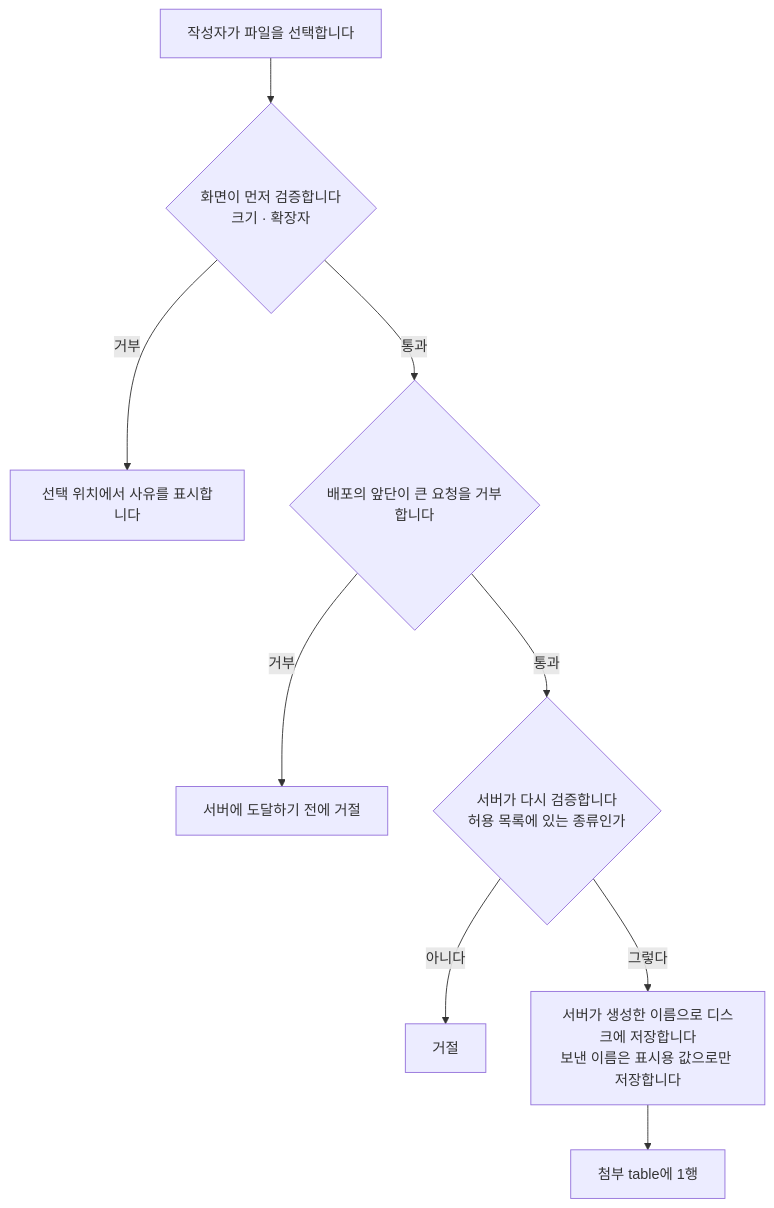
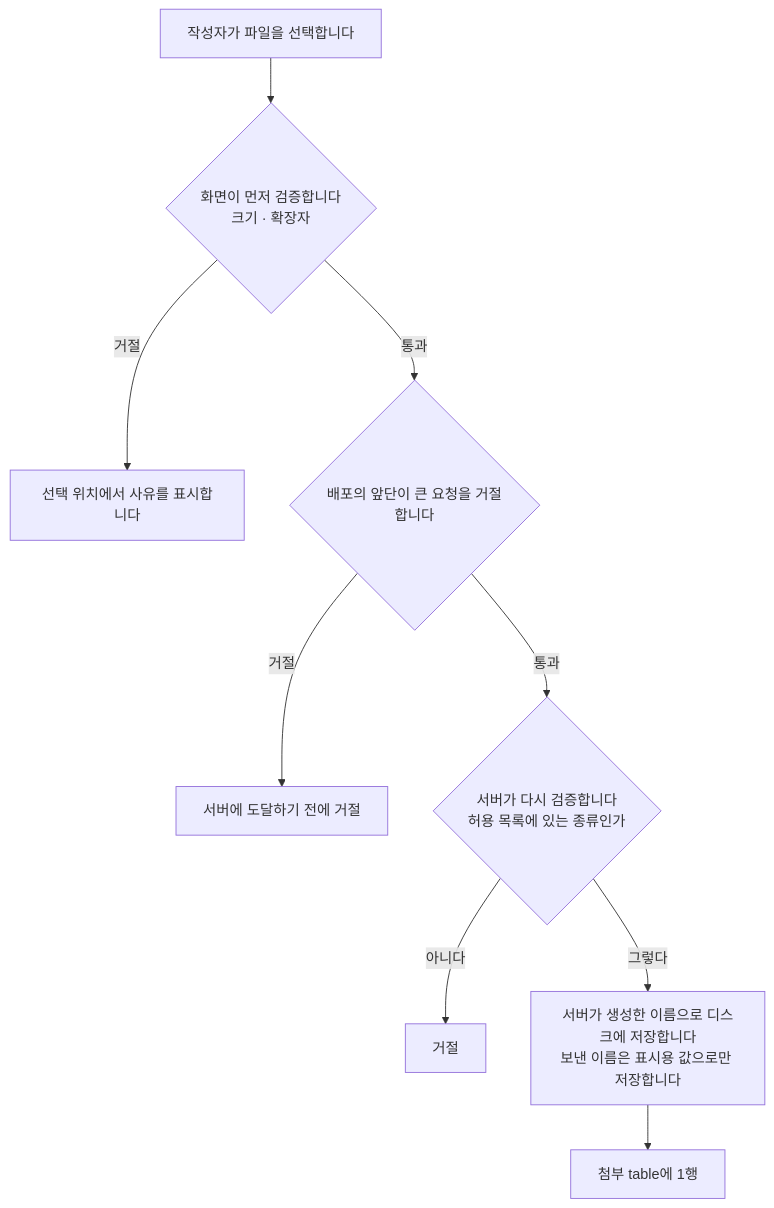
Before and after one commit to minkong-dev/Banblit: the second of 2 diagrams in .cluedoc/boards/README.md, drawn with Mermaid. The commit also changed other lines of this file and 28 other files, not shown here.

````diff
--- a/.cluedoc/boards/README.md
+++ b/.cluedoc/boards/README.md
@@ -96,11 +96,11 @@
 ```mermaid
 flowchart TD
     A[작성자가 파일을 선택합니다] --> B{화면이 먼저 검증합니다<br/>크기 · 확장자}
-    B -->|거부| X1[선택 위치에서 사유를 표시합니다]
-    B -->|통과| C{배포의 앞단이 큰 요청을 거부합니다}
-    C -->|거부| X2[서버에 도달하기 전에 거절]
+    B -->|거절| X1[선택 위치에서 사유를 표시합니다]
+    B -->|통과| C{배포의 앞단이 큰 요청을 거절합니다}
+    C -->|거절| X2[서버에 도달하기 전에 거절]
     C -->|통과| D{서버가 다시 검증합니다<br/>허용 목록에 있는 종류인가}
     D -->|아니다| X3[거절]
     D -->|그렇다| E[서버가 생성한 이름으로 디스크에 저장합니다<br/>보낸 이름은 표시용 값으로만 저장합니다]
     E --> F[첨부 table에 1행]
 ```
````
